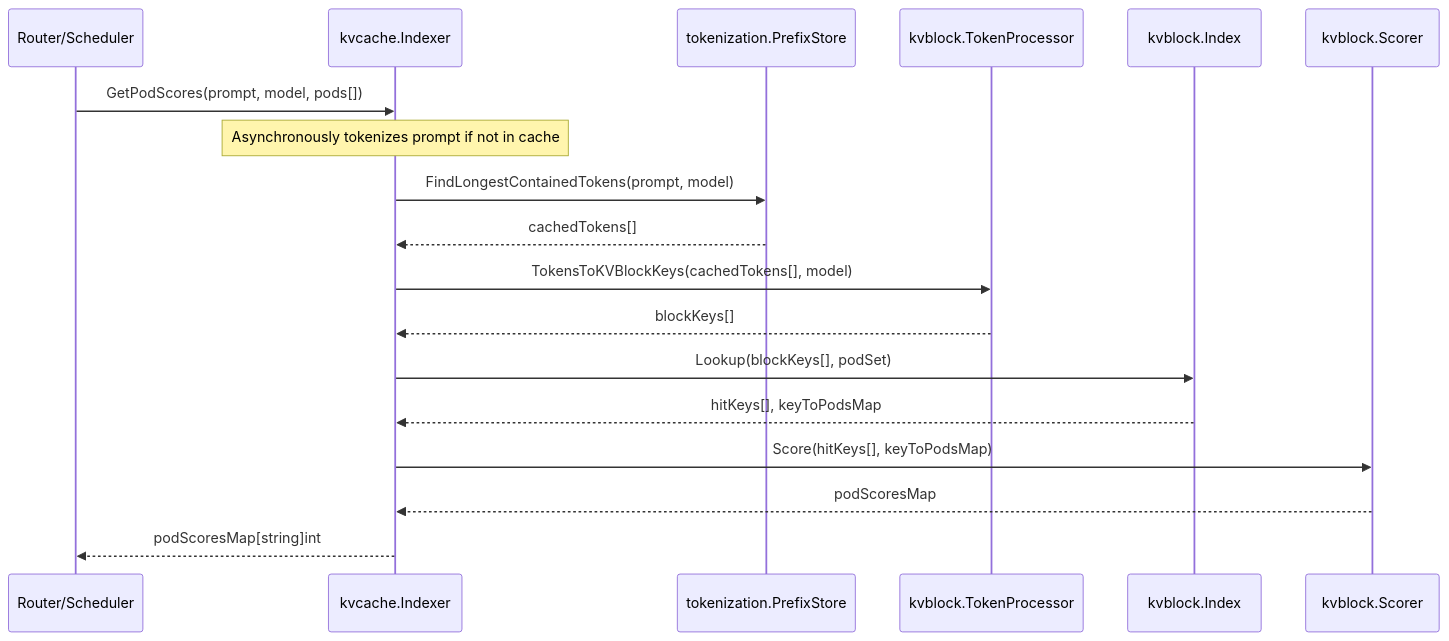
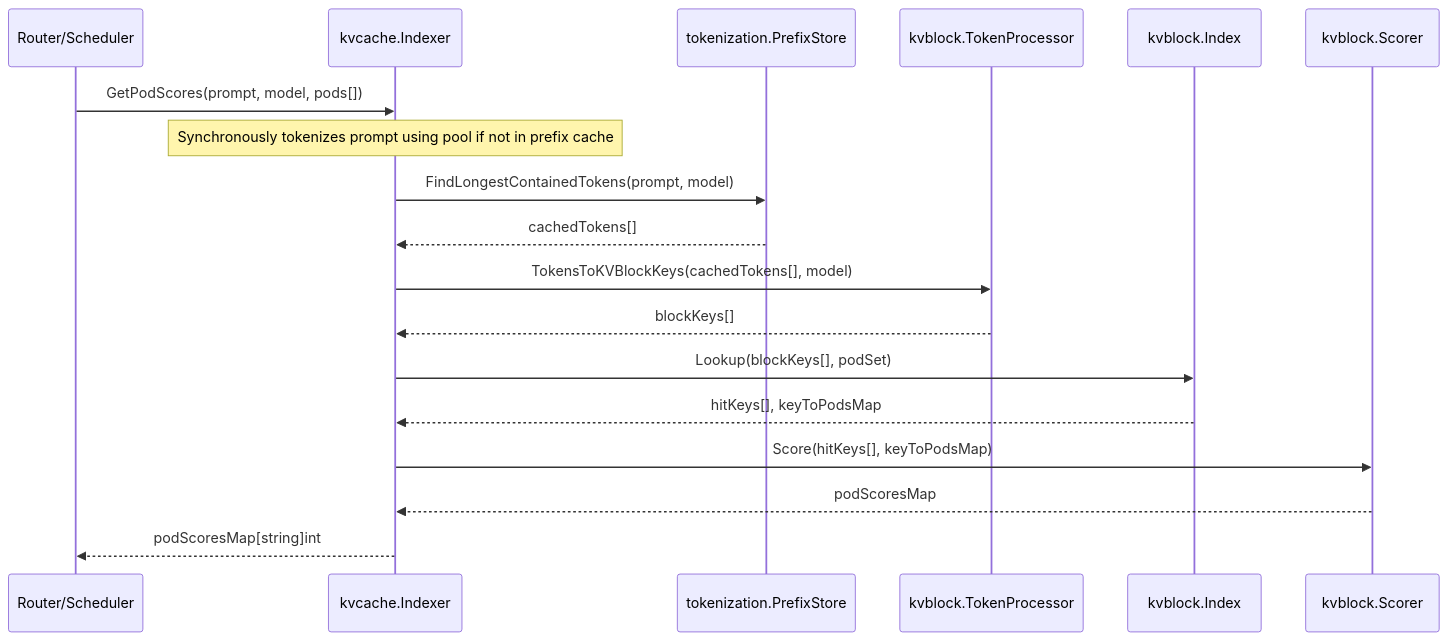
Before and after one commit to zetxqx/llm-d-kv-cache-manager: the first of 2 diagrams in docs/architecture.md, drawn with Mermaid. The commit also changed other lines of this file and 13 other files, not shown here.

````diff
--- a/docs/architecture.md
+++ b/docs/architecture.md
@@ -34,26 +34,26 @@
 ```mermaid
 sequenceDiagram
     participant Router as Router/Scheduler
     participant Indexer as kvcache.Indexer
     participant PrefixStore as tokenization.PrefixStore
     participant TokenProcessor as kvblock.TokenProcessor
     participant Index as kvblock.Index
     participant Scorer as kvblock.Scorer
 
     Router->>Indexer: GetPodScores(prompt, model, pods[])
     
-    Note over Indexer: Asynchronously tokenizes prompt if not in cache
+    Note over Indexer: Synchronously tokenizes prompt using pool if not in prefix cache
     Indexer->>PrefixStore: FindLongestContainedTokens(prompt, model)
     PrefixStore-->>Indexer: cachedTokens[]
     
     Indexer->>TokenProcessor: TokensToKVBlockKeys(cachedTokens[], model)
     TokenProcessor-->>Indexer: blockKeys[]
     
     Indexer->>Index: Lookup(blockKeys[], podSet)
     Index-->>Indexer: hitKeys[], keyToPodsMap
     
     Indexer->>Scorer: Score(hitKeys[], keyToPodsMap)
     Scorer-->>Indexer: podScoresMap
     
     Indexer-->>Router: podScoresMap[string]int
 ```
````
